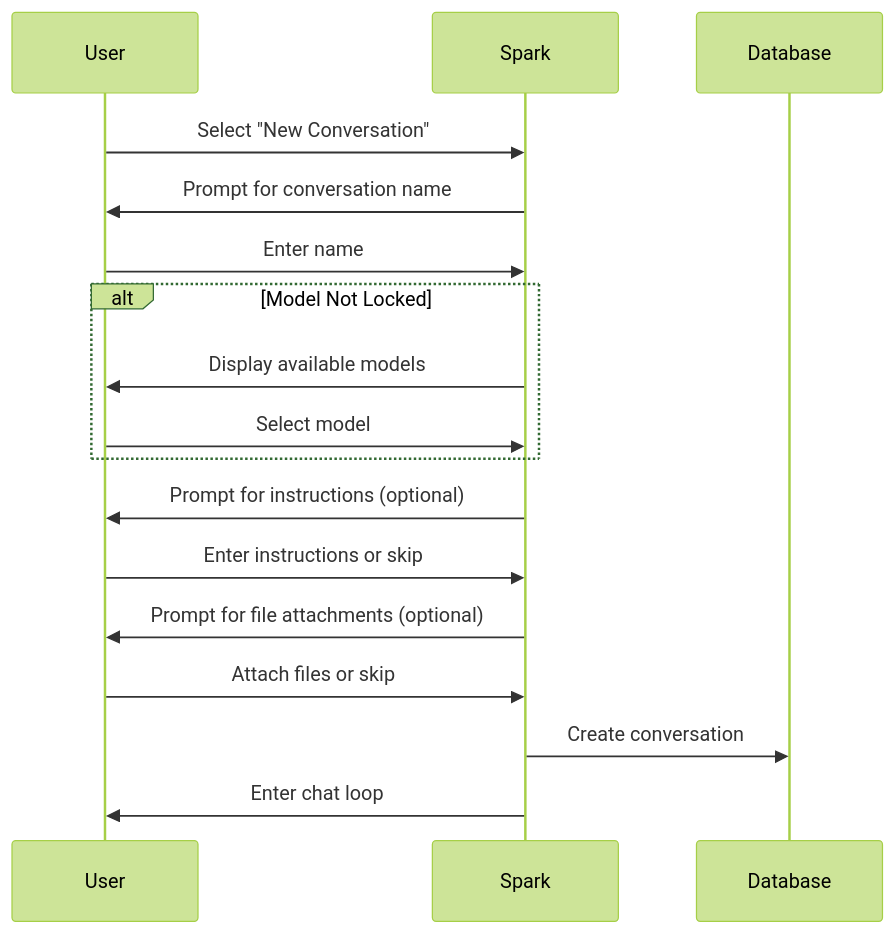
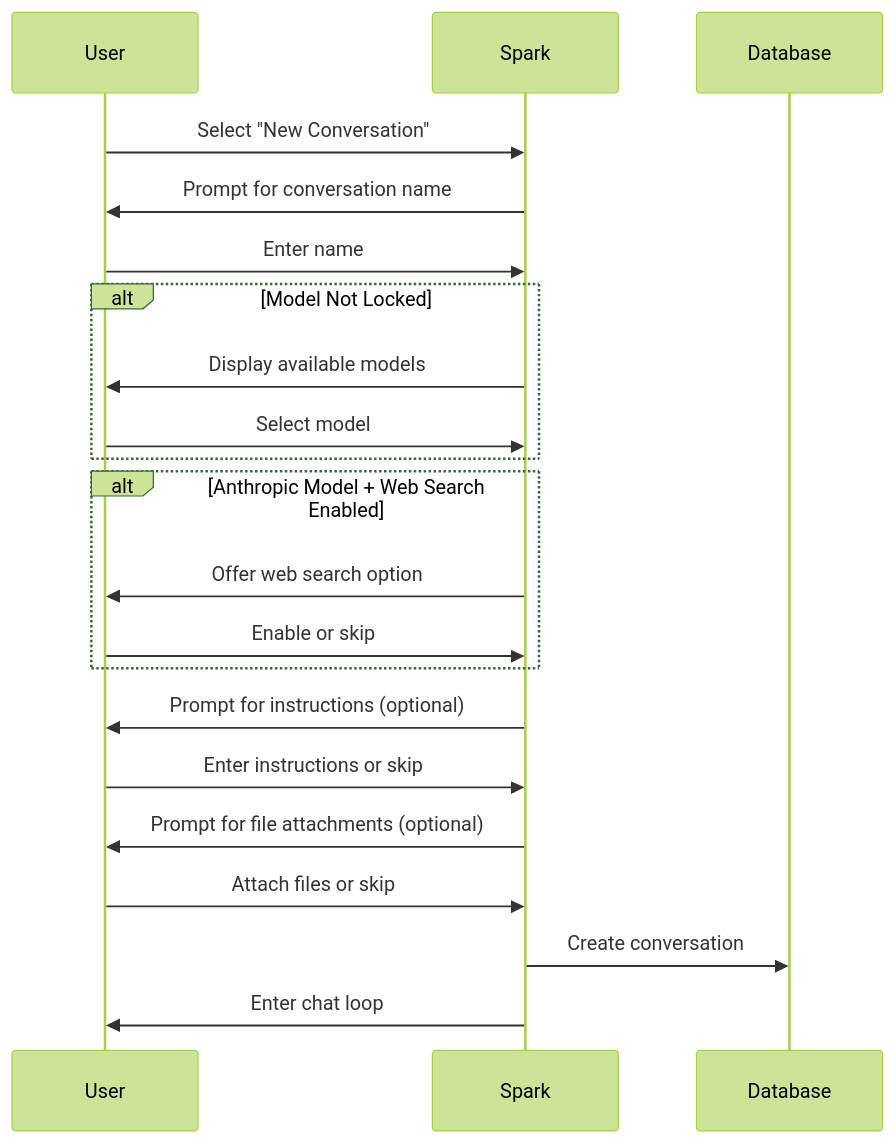
Before and after one commit to Digital-Thought/dtSpark: the diagram in docs/cli-reference.md, drawn with Mermaid (forest theme). The commit also changed other lines of this file and 22 other files, not shown here.

First line of the commit message:
Add Anthropic Web Search integration with hierarchical control

````diff
--- a/docs/cli-reference.md
+++ b/docs/cli-reference.md
@@ -75,24 +75,29 @@
 ```mermaid
 sequenceDiagram
     participant User
     participant Spark
     participant Database
 
     User->>Spark: Select "New Conversation"
     Spark->>User: Prompt for conversation name
     User->>Spark: Enter name
 
     alt Model Not Locked
         Spark->>User: Display available models
         User->>Spark: Select model
     end
 
+    alt Anthropic Model + Web Search Enabled
+        Spark->>User: Offer web search option
+        User->>Spark: Enable or skip
+    end
+
     Spark->>User: Prompt for instructions (optional)
     User->>Spark: Enter instructions or skip
 
     Spark->>User: Prompt for file attachments (optional)
     User->>Spark: Attach files or skip
 
     Spark->>Database: Create conversation
     Spark->>User: Enter chat loop
 ```
````
